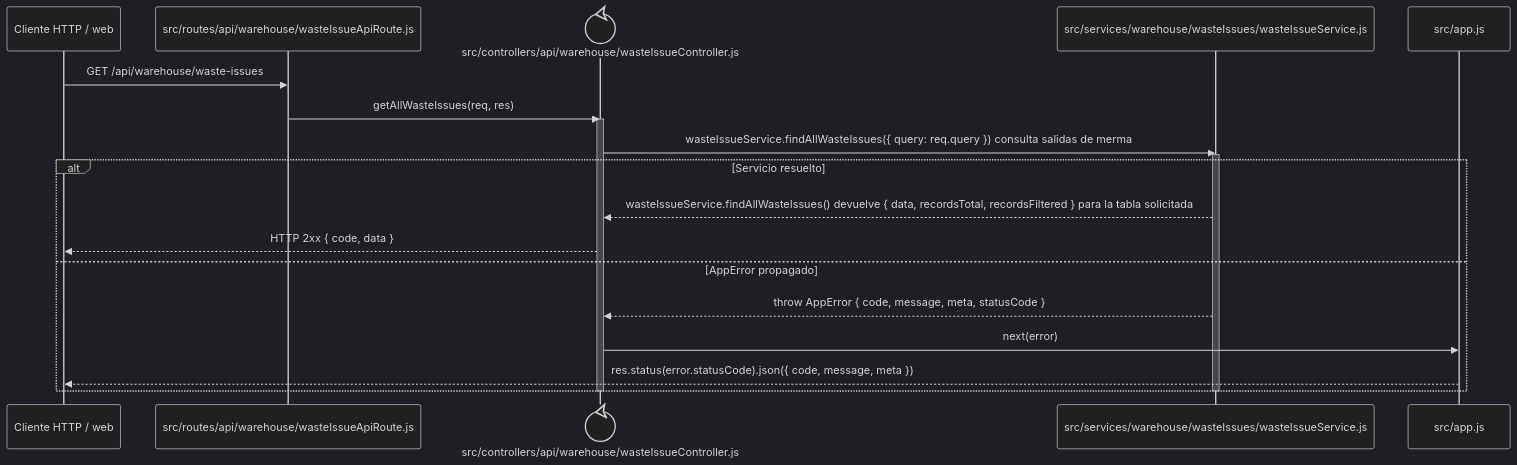
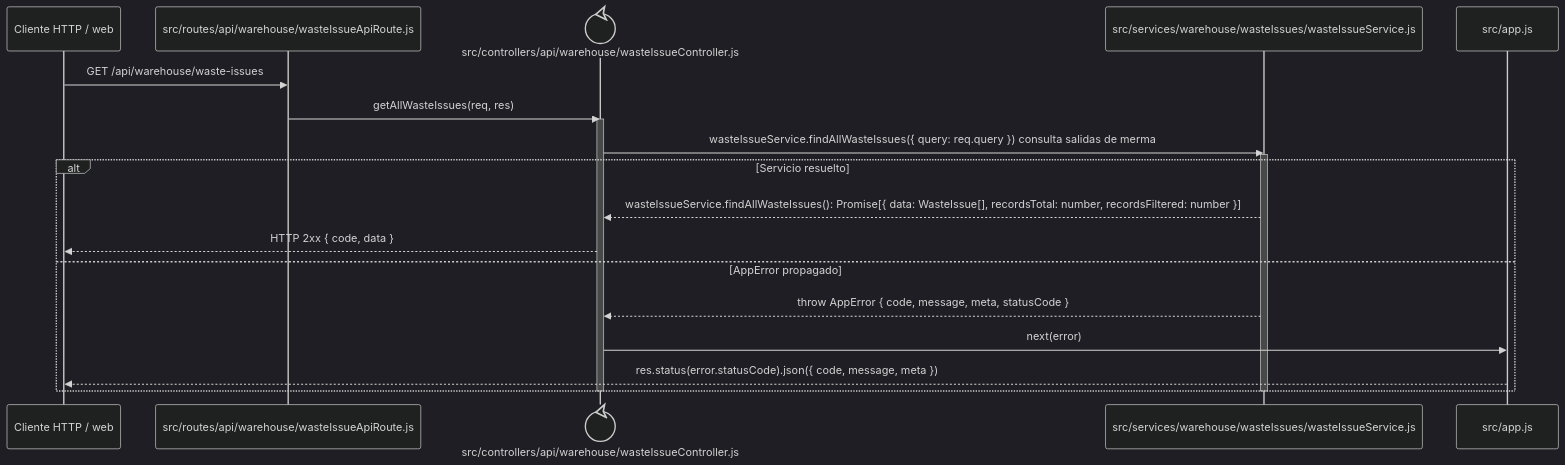
The diagram in docs/architecture/backend-code-sequences/issues/cu-sal-08.md (gpgsistemas01/nexus), drawn with Mermaid (dark theme) before and after one commit. The commit also changed 146 other files, not shown here.

````diff
--- a/docs/architecture/backend-code-sequences/issues/cu-sal-08.md
+++ b/docs/architecture/backend-code-sequences/issues/cu-sal-08.md
@@ -6,24 +6,24 @@
 ```mermaid
 sequenceDiagram
     participant Client as Cliente HTTP / web
     participant Route as src/routes/api/warehouse/wasteIssueApiRoute.js
     participant Controller@{ "type": "control" } as src/controllers/api/warehouse/wasteIssueController.js
     participant Domain as src/services/warehouse/wasteIssues/wasteIssueService.js
     participant ErrorHandler as src/app.js
 
     Client->>Route: GET /api/warehouse/waste-issues
     Route->>Controller: getAllWasteIssues(req, res)
     activate Controller
     Controller->>Domain: wasteIssueService.findAllWasteIssues({ query: req.query }) consulta salidas de merma
     activate Domain
     alt Servicio resuelto
-        Domain-->>Controller: wasteIssueService.findAllWasteIssues() devuelve { data, recordsTotal, recordsFiltered } para la tabla solicitada
+        Domain-->>Controller: wasteIssueService.findAllWasteIssues(): Promise[{ data: WasteIssue[], recordsTotal: number, recordsFiltered: number }]
         Controller-->>Client: HTTP 2xx { code, data }
     else AppError propagado
         Domain-->>Controller: throw AppError { code, message, meta, statusCode }
         Controller->>ErrorHandler: next(error)
         ErrorHandler-->>Client: res.status(error.statusCode).json({ code, message, meta })
     end
     deactivate Domain
     deactivate Controller
 ```
````
